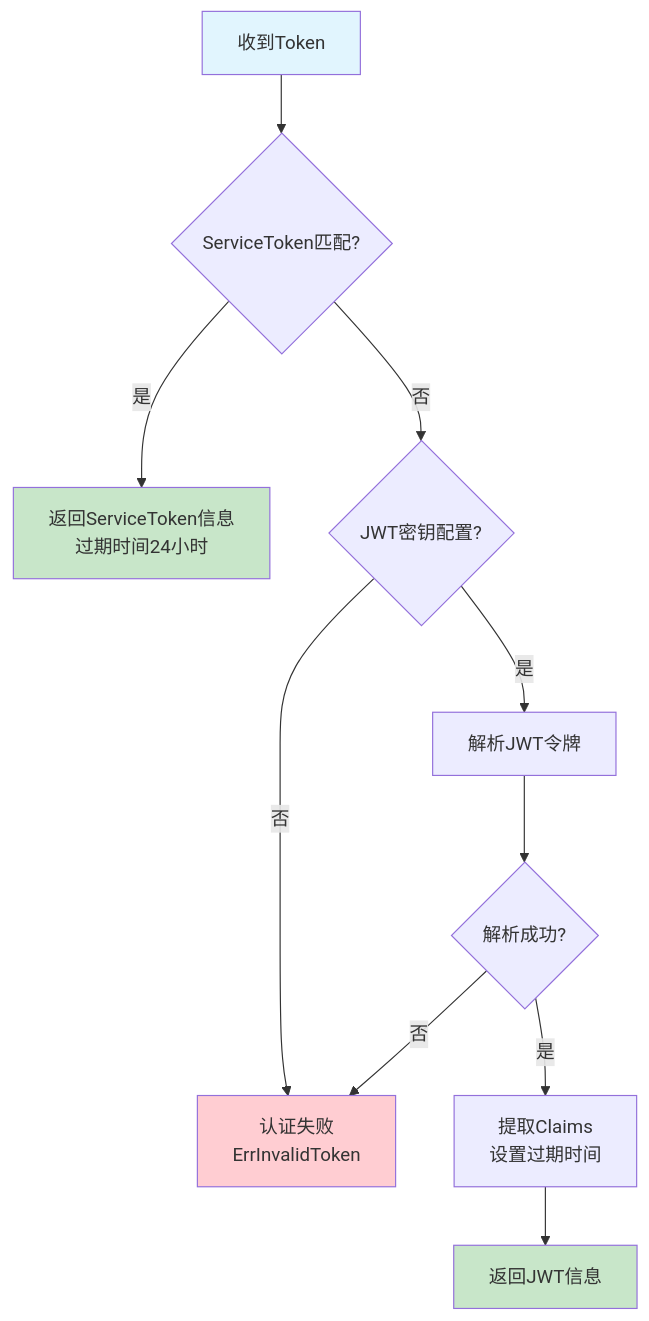
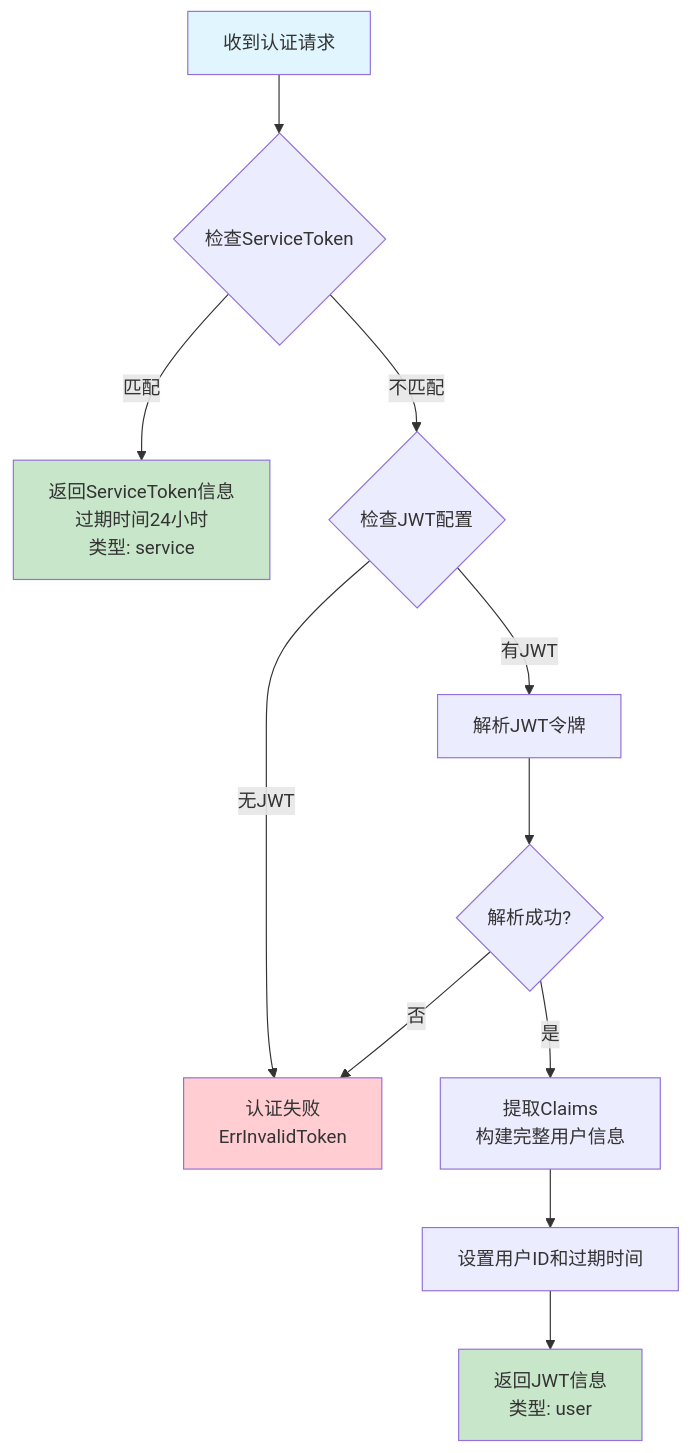
One commit to maomao94/zero-service changed the fifth of 13 diagrams in .qoder/repowiki/zh/content/核心服务详解/Mcpx客户端包.md. Above: the diagram before and after it, drawn with Mermaid. The commit also changed other lines of this file and 19 other files, not shown here.

First line of the commit message:
refactor(mcpx): 完善双模式认证，区分 service/user 上下文提取

````diff
--- a/.qoder/repowiki/zh/content/核心服务详解/Mcpx客户端包.md
+++ b/.qoder/repowiki/zh/content/核心服务详解/Mcpx客户端包.md
@@ -261,16 +289,17 @@
 ```mermaid
 flowchart TD
-A[收到Token] --> B{ServiceToken匹配?}
-B --> |是| C[返回ServiceToken信息<br/>过期时间24小时]
-B --> |否| D{JWT密钥配置?}
-D --> |否| E[认证失败<br/>ErrInvalidToken]
-D --> |是| F[解析JWT令牌]
+A[收到认证请求] --> B{检查ServiceToken}
+B --> |匹配| C[返回ServiceToken信息<br/>过期时间24小时<br/>类型: service]
+B --> |不匹配| D{检查JWT配置}
+D --> |无JWT| E[认证失败<br/>ErrInvalidToken]
+D --> |有JWT| F[解析JWT令牌]
 F --> G{解析成功?}
 G --> |否| E
-G --> |是| H[提取Claims<br/>设置过期时间]
-H --> I[返回JWT信息]
+G --> |是| H[提取Claims<br/>构建完整用户信息]
+H --> I[设置用户ID和过期时间]
+I --> J[返回JWT信息<br/>类型: user]
 style A fill:#e1f5fe
 style C fill:#c8e6c9
 style E fill:#ffcdd2
-style I fill:#c8e6c9
+style J fill:#c8e6c9
 ```
````
